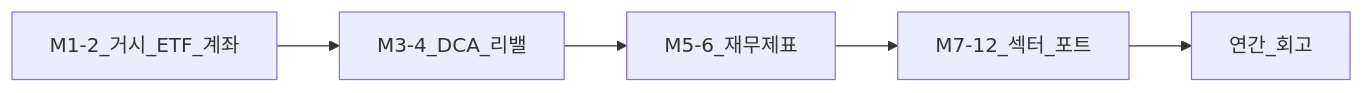
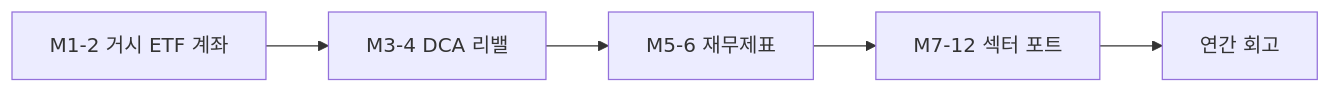
The first of 2 diagrams in 00-roadmap/office-worker-investing-playbook.md (goldanghenry/Finances), drawn with Mermaid before and after one commit. The commit also changed other lines of this file and 211 other files, not shown here.

````diff
--- a/00-roadmap/office-worker-investing-playbook.md
+++ b/00-roadmap/office-worker-investing-playbook.md
@@ -105,7 +105,7 @@
 ```mermaid
 flowchart LR
-  M1[M1-2_거시_ETF_계좌] --> M2[M3-4_DCA_리밸]
-  M2 --> M3[M5-6_재무제표]
-  M3 --> M4[M7-12_섹터_포트]
-  M4 --> Rev[연간_회고]
+  M1["M1-2 거시 ETF 계좌"] --> M2["M3-4 DCA 리밸"]
+  M2 --> M3["M5-6 재무제표"]
+  M3 --> M4["M7-12 섹터 포트"]
+  M4 --> Rev["연간 회고"]
 ```
````
